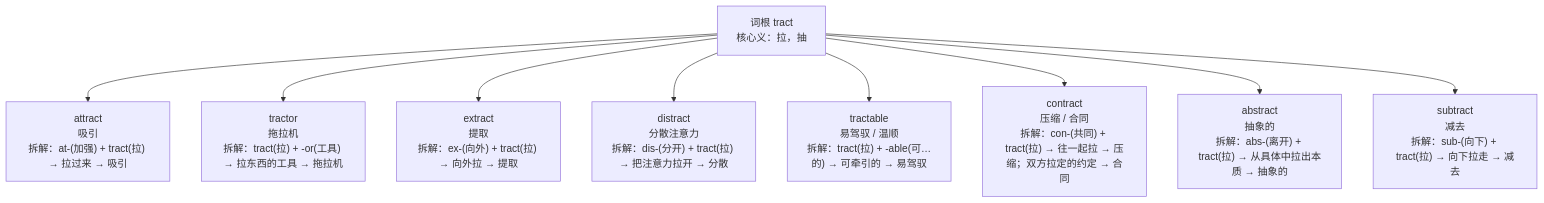
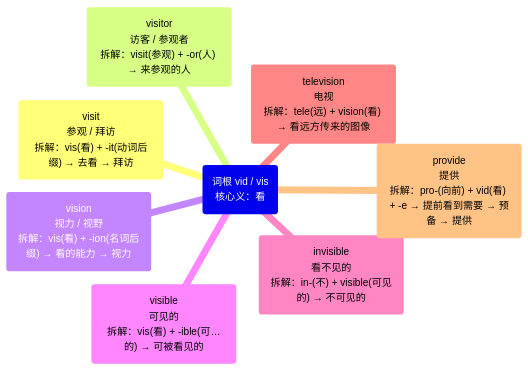
One commit to suhuide/h changed the second of 28 diagrams in files/other/e.md. Above: the diagram before and after it, drawn with Mermaid. The commit also changed other lines of this file, not shown here.

````diff
--- a/files/other/e.md
+++ b/files/other/e.md
@@ -1,22 +14,11 @@
 ```mermaid
-flowchart TD
-    root["词根 tract<br>核心义：拉，抽"]
-
-    attract["attract<br>吸引<br>拆解：at-(加强) + tract(拉) → 拉过来 → 吸引"]
-    tractor["tractor<br>拖拉机<br>拆解：tract(拉) + -or(工具) → 拉东西的工具 → 拖拉机"]
-    extract["extract<br>提取<br>拆解：ex-(向外) + tract(拉) → 向外拉 → 提取"]
-    distract["distract<br>分散注意力<br>拆解：dis-(分开) + tract(拉) → 把注意力拉开 → 分散"]
-    tractable["tractable<br>易驾驭 / 温顺<br>拆解：tract(拉) + -able(可…的) → 可牵引的 → 易驾驭"]
-    contract["contract<br>压缩 / 合同<br>拆解：con-(共同) + tract(拉) → 往一起拉 → 压缩；双方拉定的约定 → 合同"]
-    abstract["abstract<br>抽象的<br>拆解：abs-(离开) + tract(拉) → 从具体中拉出本质 → 抽象的"]
-    subtract["subtract<br>减去<br>拆解：sub-(向下) + tract(拉) → 向下拉走 → 减去"]
-
-    root --> attract
-    root --> tractor
-    root --> extract
-    root --> distract
-    root --> tractable
-    root --> contract
-    root --> abstract
-    root --> subtract
+mindmap
+  root("词根 vid / vis<br>核心义：看")
+    visit("visit<br>参观 / 拜访<br>拆解：vis(看) + -it(动词后缀) → 去看 → 拜访")
+    visitor("visitor<br>访客 / 参观者<br>拆解：visit(参观) + -or(人) → 来参观的人")
+    vision("vision<br>视力 / 视野<br>拆解：vis(看) + -ion(名词后缀) → 看的能力 → 视力")
+    visible("visible<br>可见的<br>拆解：vis(看) + -ible(可…的) → 可被看见的")
+    invisible("invisible<br>看不见的<br>拆解：in-(不) + visible(可见的) → 不可见的")
+    television("television<br>电视<br>拆解：tele(远) + vision(看) → 看远方传来的图像")
+    provide("provide<br>提供<br>拆解：pro-(向前) + vid(看) + -e → 提前看到需要 → 预备 → 提供")
 ```
````
